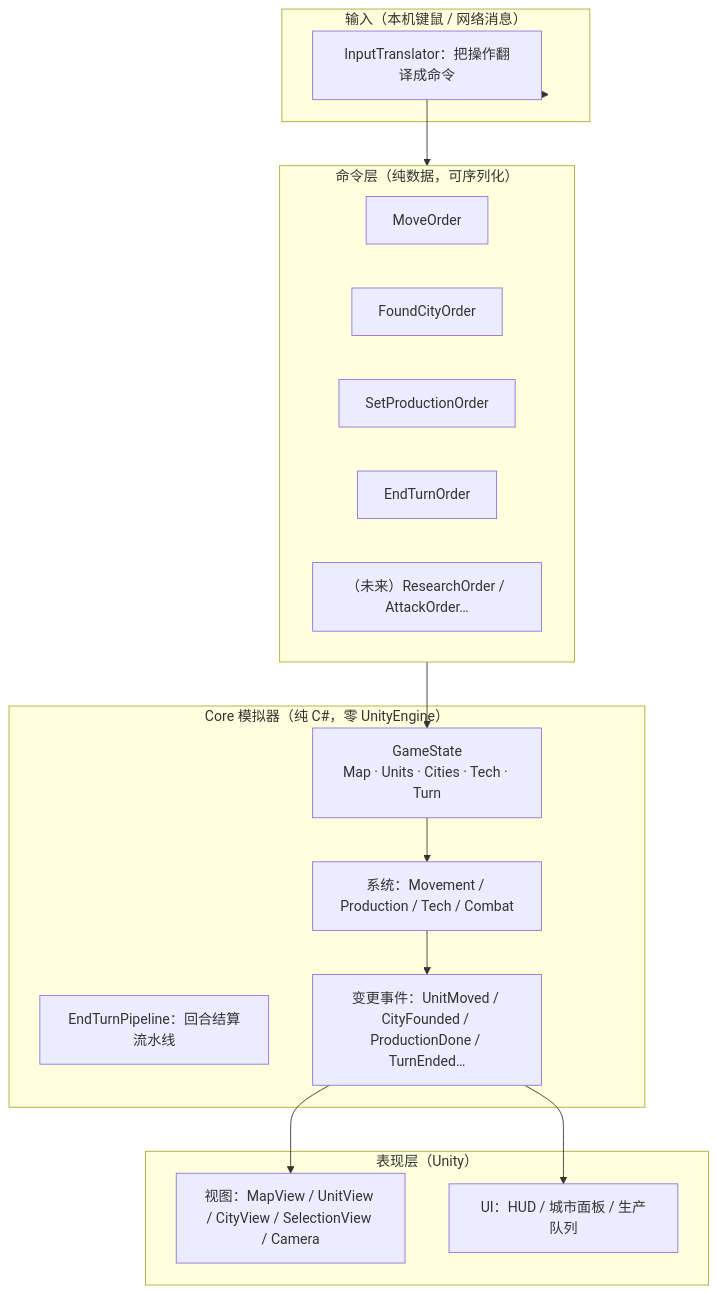
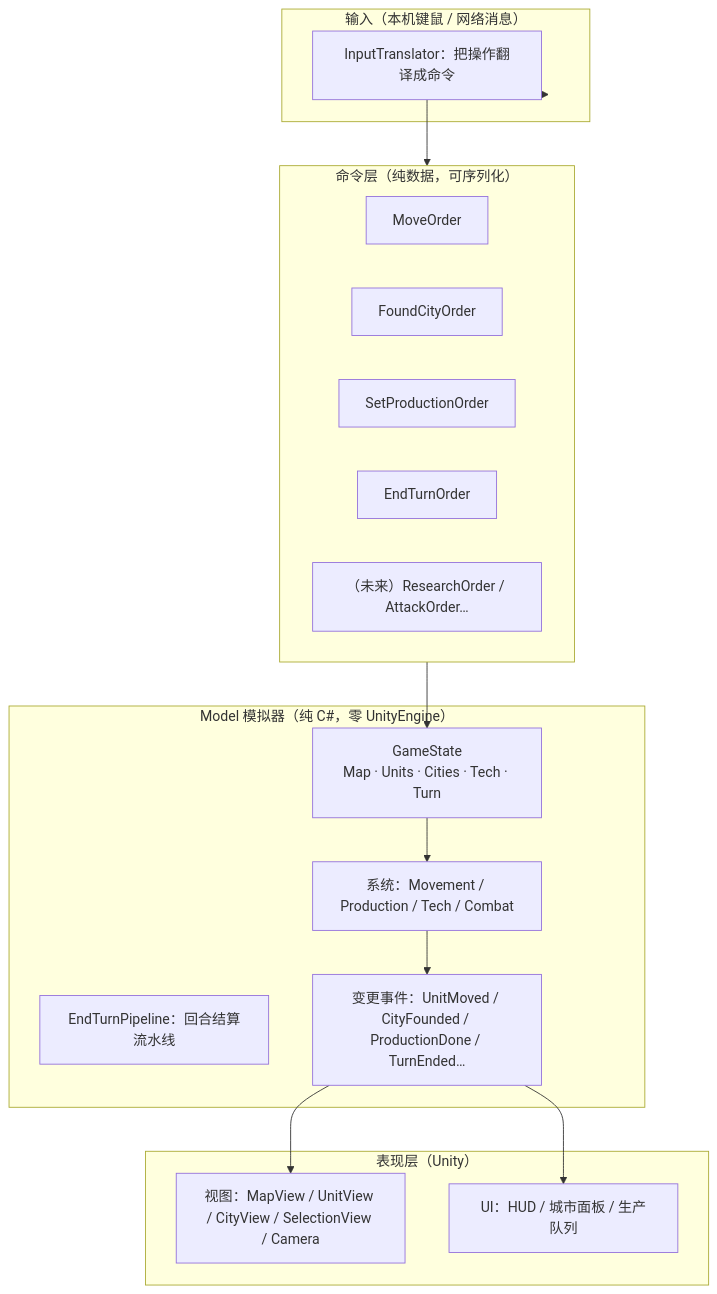
One commit to V1vy-v/SparkAge changed the diagram in docs/architecture.md. Above: the diagram before and after it, drawn with Mermaid. The commit also changed other lines of this file and 15 other files, not shown here.

````diff
--- a/docs/architecture.md
+++ b/docs/architecture.md
@@ -18,29 +18,29 @@
 ```mermaid
 flowchart TB
     subgraph INPUT["输入（本机键鼠 / 网络消息）"]
         IT["InputTranslator：把操作翻译成命令"]
     end
     subgraph CMD["命令层（纯数据，可序列化）"]
         O1["MoveOrder"]
         O2["FoundCityOrder"]
         O3["SetProductionOrder"]
         O4["EndTurnOrder"]
         OX["（未来）ResearchOrder / AttackOrder…"]
     end
-    subgraph CORE["Core 模拟器（纯 C#，零 UnityEngine）"]
+    subgraph CORE["Model 模拟器（纯 C#，零 UnityEngine）"]
         GS["GameState<br/>Map · Units · Cities · Tech · Turn"]
         SYS["系统：Movement / Production / Tech / Combat"]
         EP["EndTurnPipeline：回合结算流水线"]
         EVT["变更事件：UnitMoved / CityFounded / ProductionDone / TurnEnded…"]
     end
     subgraph VIEW["表现层（Unity）"]
         V["视图：MapView / UnitView / CityView / SelectionView / Camera"]
         UI["UI：HUD / 城市面板 / 生产队列"]
     end
 
     INPUT --> IT --> CMD --> GS
     GS --> SYS
     SYS --> EVT
     EVT --> V
     EVT --> UI
 ```
````
